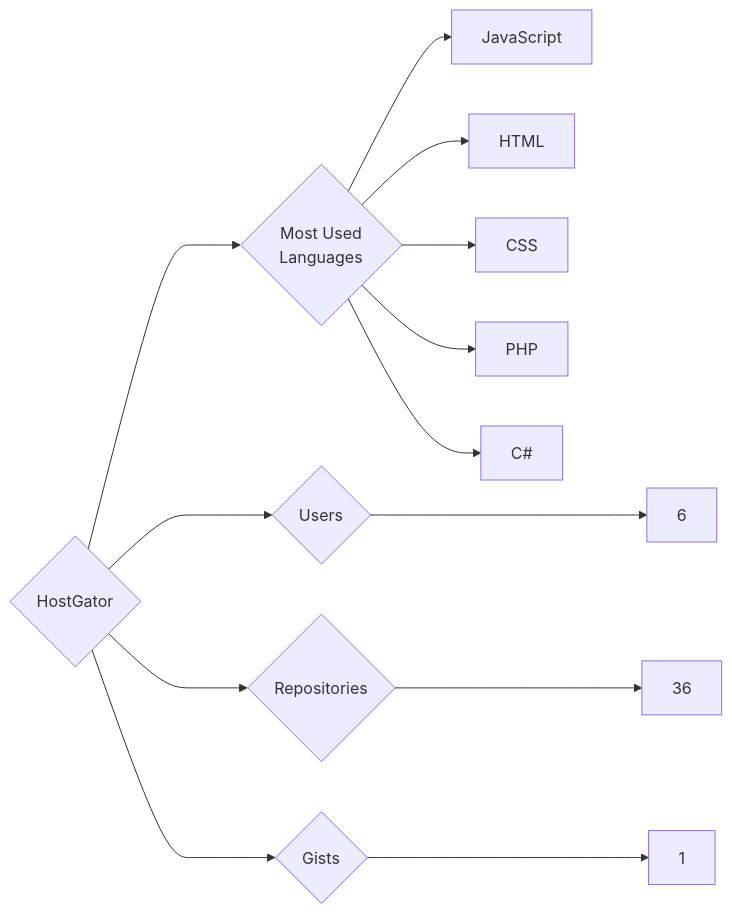
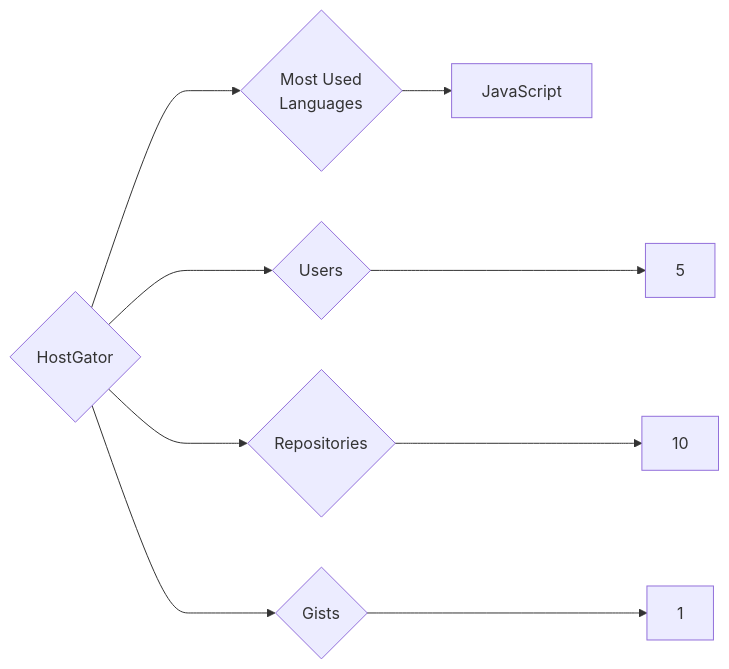
One commit to trickest/insiders changed the diagram in targets/HostGator/README.md. Above: the diagram before and after it, drawn with Mermaid. The commit also changed 938 other files, not shown here.

````diff
--- a/targets/HostGator/README.md
+++ b/targets/HostGator/README.md
@@ -3,13 +3,9 @@
 ```mermaid
 graph LR
 COMPANY_NAME{HostGator}
-COMPANY_NAME ---> U{Users} ---> UN[6]
-COMPANY_NAME ---> R{Repositories} ---> RN[36]
+COMPANY_NAME ---> U{Users} ---> UN[5]
+COMPANY_NAME ---> R{Repositories} ---> RN[10]
 COMPANY_NAME ---> G{Gists} ---> GN[1]
 COMPANY_NAME ---> ML{Most Used<br>Languages}
 ML --> JavaScript[JavaScript]
-ML --> HTML[HTML]
-ML --> CSS[CSS]
-ML --> PHP[PHP]
-ML --> C#[C#]
 ```
````
